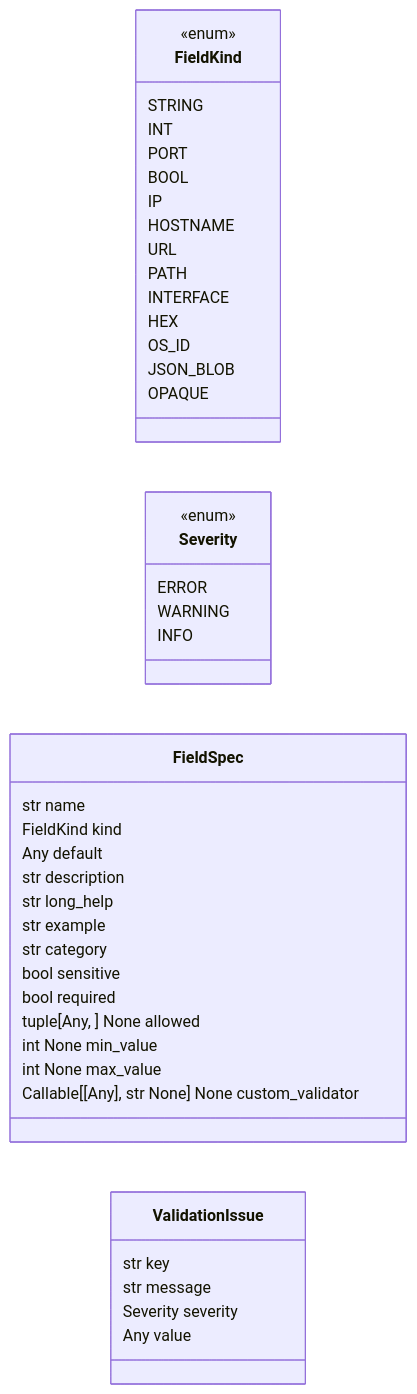
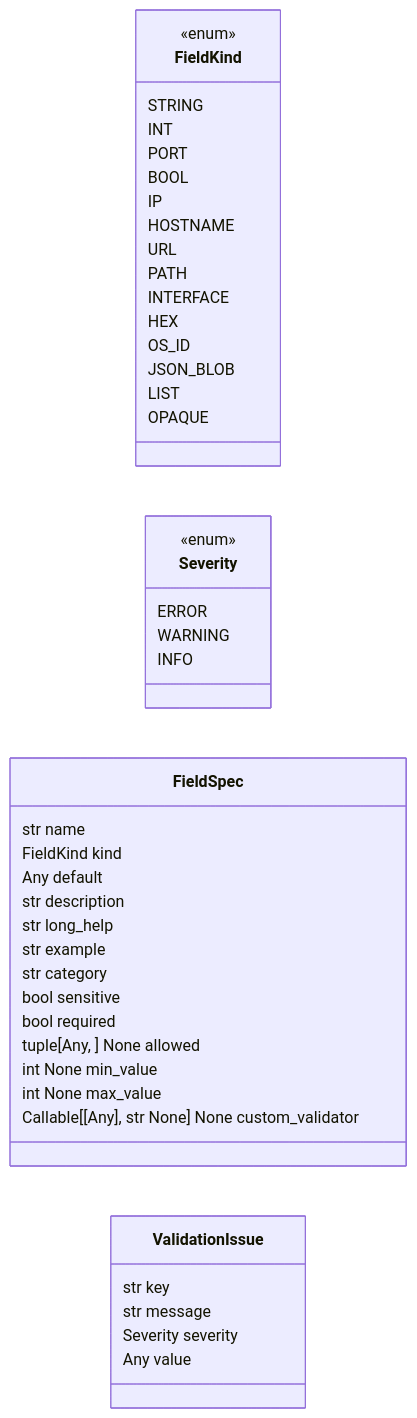
One commit to grisuno/LazyOwn changed the first of 2 diagrams in readmenator-apidocs/modules/core.payload_schema.py.md. Above: the diagram before and after it, drawn with Mermaid. The commit also changed other lines of this file and 508 other files, not shown here.

````diff
--- a/readmenator-apidocs/modules/core.payload_schema.py.md
+++ b/readmenator-apidocs/modules/core.payload_schema.py.md
@@ -54,43 +54,44 @@
 ```mermaid
 classDiagram
     direction LR
     class FieldKind
     <<enum>> FieldKind
     FieldKind : STRING
     FieldKind : INT
     FieldKind : PORT
     FieldKind : BOOL
     FieldKind : IP
     FieldKind : HOSTNAME
     FieldKind : URL
     FieldKind : PATH
     FieldKind : INTERFACE
     FieldKind : HEX
     FieldKind : OS_ID
     FieldKind : JSON_BLOB
+    FieldKind : LIST
     FieldKind : OPAQUE
     class Severity
     <<enum>> Severity
     Severity : ERROR
     Severity : WARNING
     Severity : INFO
     class FieldSpec
     FieldSpec : str name
     FieldSpec : FieldKind kind
     FieldSpec : Any default
     FieldSpec : str description
     FieldSpec : str long_help
     FieldSpec : str example
     FieldSpec : str category
     FieldSpec : bool sensitive
     FieldSpec : bool required
     FieldSpec : tuple[Any, ]  None allowed
     FieldSpec : int  None min_value
     FieldSpec : int  None max_value
     FieldSpec : Callable[[Any], str  None]  None custom_validator
     class ValidationIssue
     ValidationIssue : str key
     ValidationIssue : str message
     ValidationIssue : Severity severity
     ValidationIssue : Any value
 ```
````
